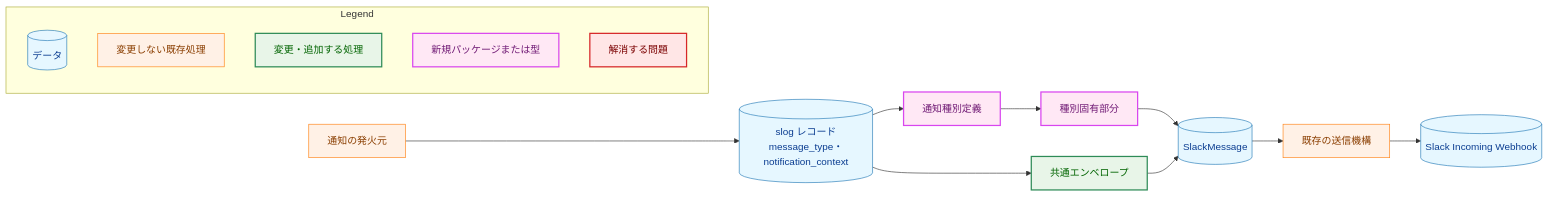
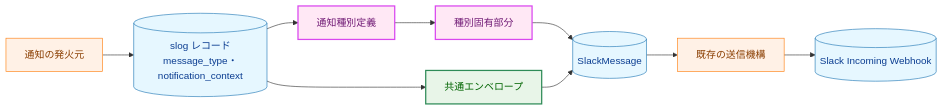
One commit to isseis/go-safe-cmd-runner changed the first of 10 diagrams in docs/tasks/0172_slack_notification_message_unification/02_architecture.md. Above: the diagram before and after it, drawn with Mermaid. The commit also changed other lines of this file, not shown here.

````diff
--- a/docs/tasks/0172_slack_notification_message_unification/02_architecture.md
+++ b/docs/tasks/0172_slack_notification_message_unification/02_architecture.md
@@ -46,31 +46,21 @@
 ```mermaid
 flowchart LR
     classDef data fill:#e6f7ff,stroke:#1f77b4,stroke-width:1px,color:#0b3d91;
     classDef process fill:#fff1e6,stroke:#ff7f0e,stroke-width:1px,color:#8a3e00;
     classDef enhanced fill:#e8f5e8,stroke:#2e8b57,stroke-width:2px,color:#006400;
     classDef newpkg fill:#ffe8f5,stroke:#d946ef,stroke-width:2px,color:#701a75;
-    classDef problem fill:#ffe6e6,stroke:#d62728,stroke-width:2px,color:#7b0000;
 
     SRC["通知の発火元"] --> REC[("slog レコード<br>message_type・notification_context")]
     REC --> REG["通知種別定義"]
     REG --> SPEC["種別固有部分"]
     REC --> ENV["共通エンベロープ"]
     SPEC --> MSG[("SlackMessage")]
     ENV --> MSG
     MSG --> SEND["既存の送信機構"]
     SEND --> SLACK[("Slack Incoming Webhook")]
 
-    subgraph Legend["Legend"]
-        L1[("データ")]
-        L2["変更しない既存処理"]
-        L3["変更・追加する処理"]
-        L4["新規パッケージまたは型"]
-        L5["解消する問題"]
-    end
-
-    class REC,MSG,SLACK,L1 data
-    class SRC,SEND,L2 process
-    class ENV,L3 enhanced
-    class REG,SPEC,L4 newpkg
-    class L5 problem
+    class REC,MSG,SLACK data
+    class SRC,SEND process
+    class ENV enhanced
+    class REG,SPEC newpkg
 ```
````
